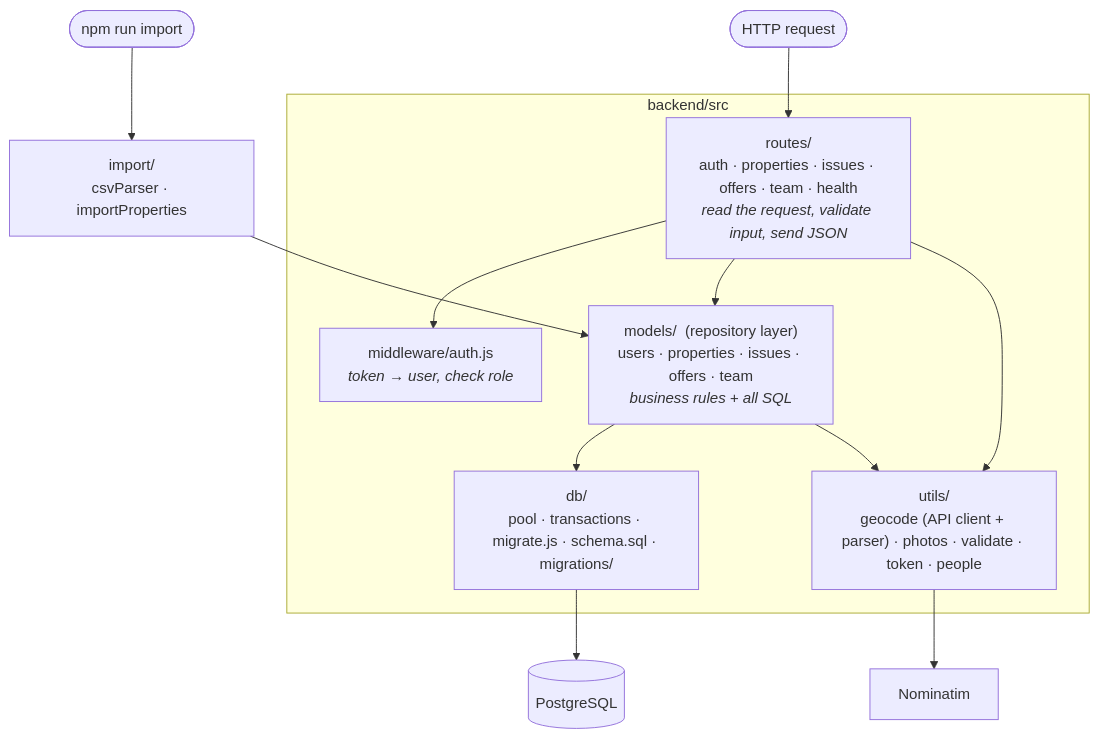
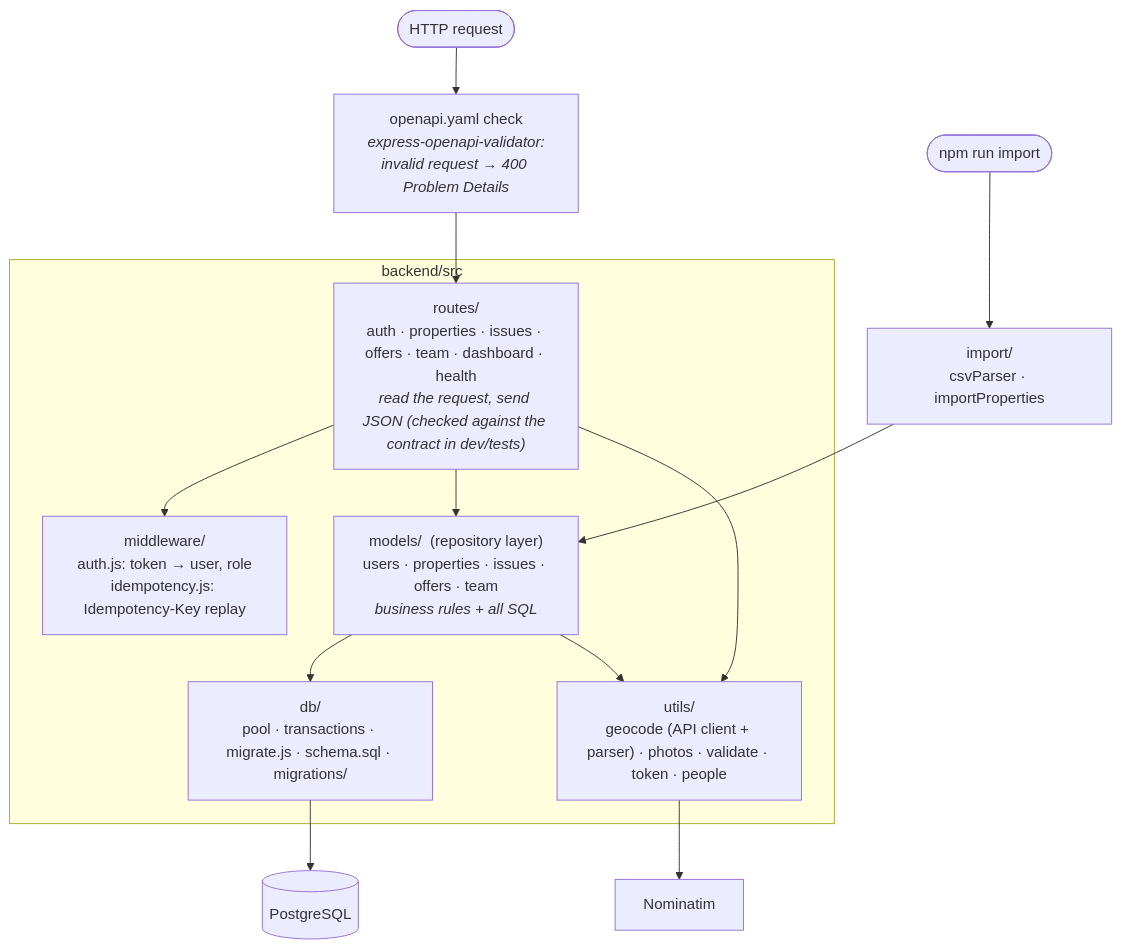
Before and after one commit to joseph-ayitey/Fix-it: the second of 11 diagrams in docs/ARCHITECTURE.md, drawn with Mermaid. The commit also changed other lines of this file and 4 other files, not shown here.

````diff
--- a/docs/ARCHITECTURE.md
+++ b/docs/ARCHITECTURE.md
@@ -46,23 +46,24 @@
 ```mermaid
 flowchart TB
-    Req(["HTTP request"]) --> Routes
+    Req(["HTTP request"]) --> Contract["openapi.yaml check<br/><i>express-openapi-validator:<br/>invalid request → 400 Problem Details</i>"]
+    Contract --> Routes
 
     subgraph API["backend/src"]
-        Routes["routes/<br/>auth · properties · issues · offers · team · health<br/><i>read the request, validate input, send JSON</i>"]
-        MW["middleware/auth.js<br/><i>token → user, check role</i>"]
+        Routes["routes/<br/>auth · properties · issues · offers · team · dashboard · health<br/><i>read the request, send JSON (checked against the contract in dev/tests)</i>"]
+        MW["middleware/<br/>auth.js: token → user, role<br/>idempotency.js: Idempotency-Key replay"]
         Models["models/  (repository layer)<br/>users · properties · issues · offers · team<br/><i>business rules + all SQL</i>"]
         DBL["db/<br/>pool · transactions · migrate.js · schema.sql · migrations/"]
         Utils["utils/<br/>geocode (API client + parser) · photos · validate · token · people"]
     end
 
     Script(["npm run import"]) --> Import["import/<br/>csvParser · importProperties"]
     Import --> Models
 
     Routes --> MW
     Routes --> Models
     Routes --> Utils
     Models --> DBL
     Models --> Utils
     DBL --> PG[("PostgreSQL")]
     Utils --> OSM["Nominatim"]
 ```
````
